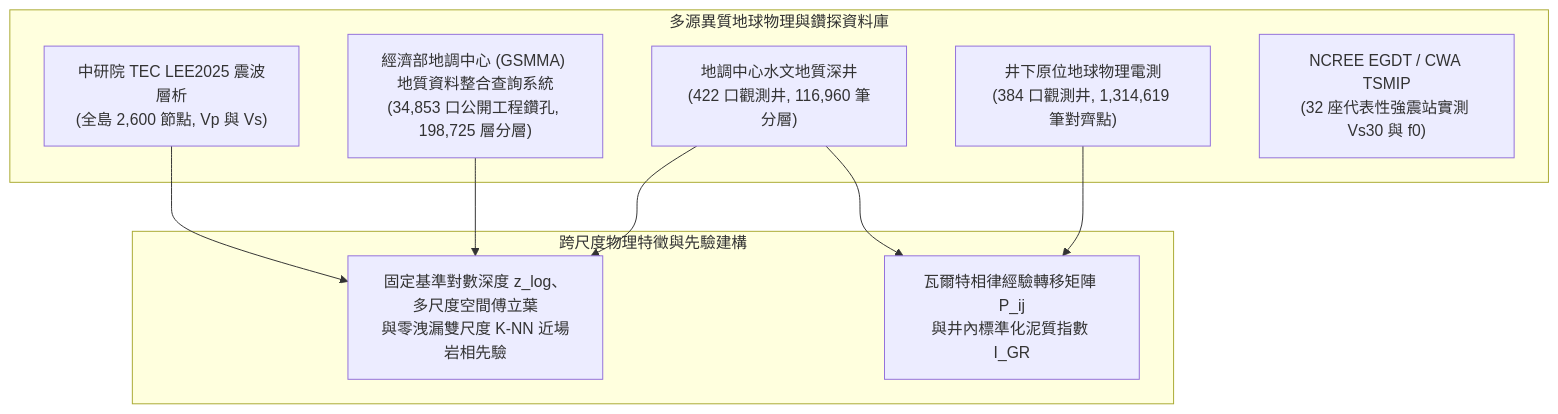
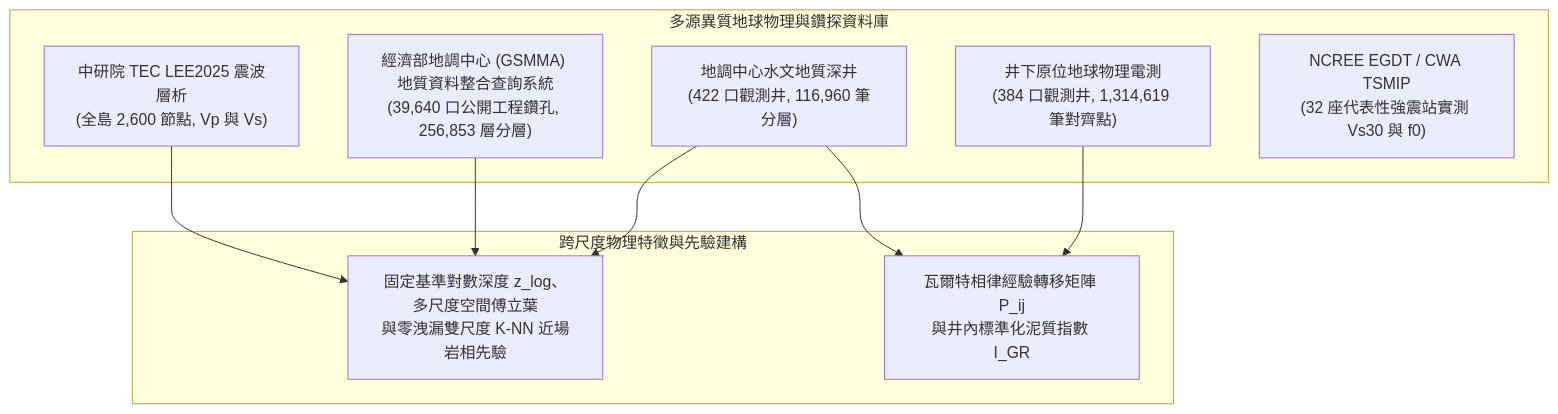
The first of 2 diagrams in docs/國際科展作品說明書_最新進度版_EAEV.md (LittleCatAlex/TAGES-Evo), drawn with Mermaid before and after one commit. The commit also changed other lines of this file and 21 other files, not shown here.

````diff
--- a/docs/國際科展作品說明書_最新進度版_EAEV.md
+++ b/docs/國際科展作品說明書_最新進度版_EAEV.md
@@ -109,21 +109,21 @@
 ```mermaid
 flowchart TD
     subgraph Data_Sources["多源異質地球物理與鑽探資料庫"]
         A["地調中心水文地質深井<br/>(422 口觀測井, 116,960 筆分層)"]
-        A2["經濟部地調中心 (GSMMA) 地質資料整合查詢系統<br/>(34,853 口公開工程鑽孔, 198,725 層分層)"]
+        A2["經濟部地調中心 (GSMMA) 地質資料整合查詢系統<br/>(39,640 口公開工程鑽孔, 256,853 層分層)"]
         B["井下原位地球物理電測<br/>(384 口觀測井, 1,314,619 筆對齊點)"]
         C["中研院 TEC LEE2025 震波層析<br/>(全島 2,600 節點, Vp 與 Vs)"]
         D["NCREE EGDT / CWA TSMIP<br/>(32 座代表性強震站實測 Vs30 與 f0)"]
     end
 
     subgraph Feature_Engineering["跨尺度物理特徵與先驗建構"]
         E["固定基準對數深度 z_log、多尺度空間傅立葉<br/>與零洩漏雙尺度 K-NN 近場岩相先驗"]
         F["瓦爾特相律經驗轉移矩陣 P_ij<br/>與井內標準化泥質指數 I_GR"]
     end
 
     A --> E
     A2 --> E
     B --> F
     C --> E
     A --> F
 ```
````
